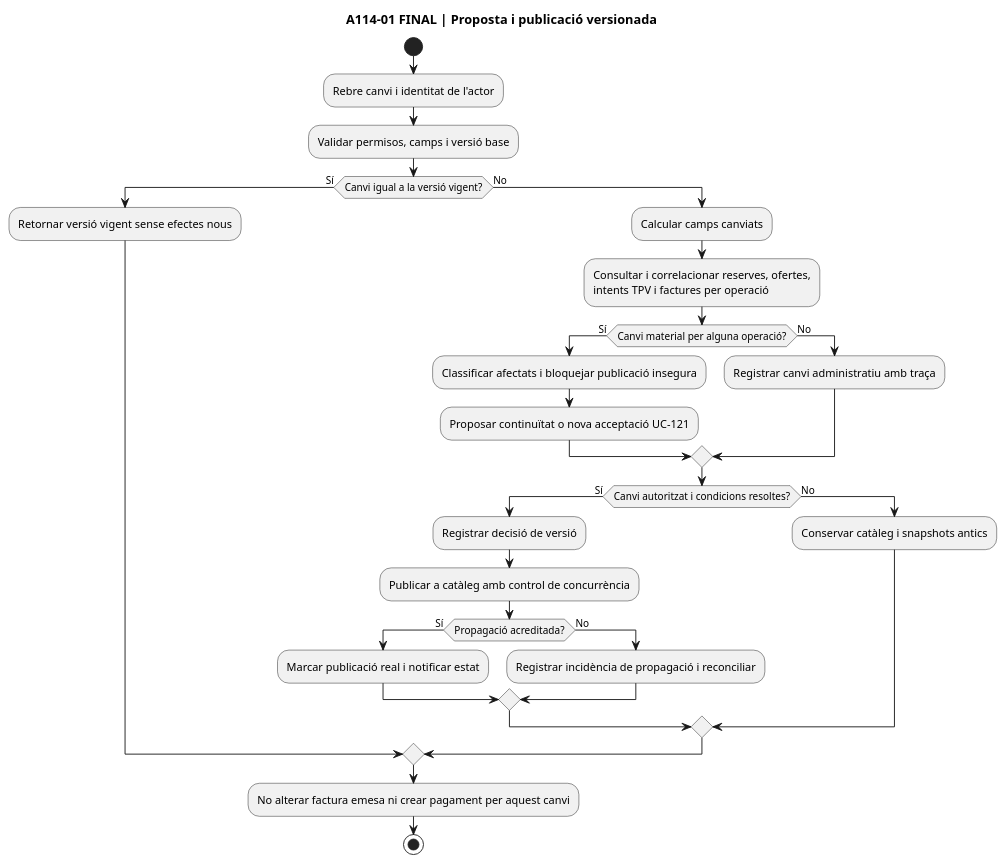
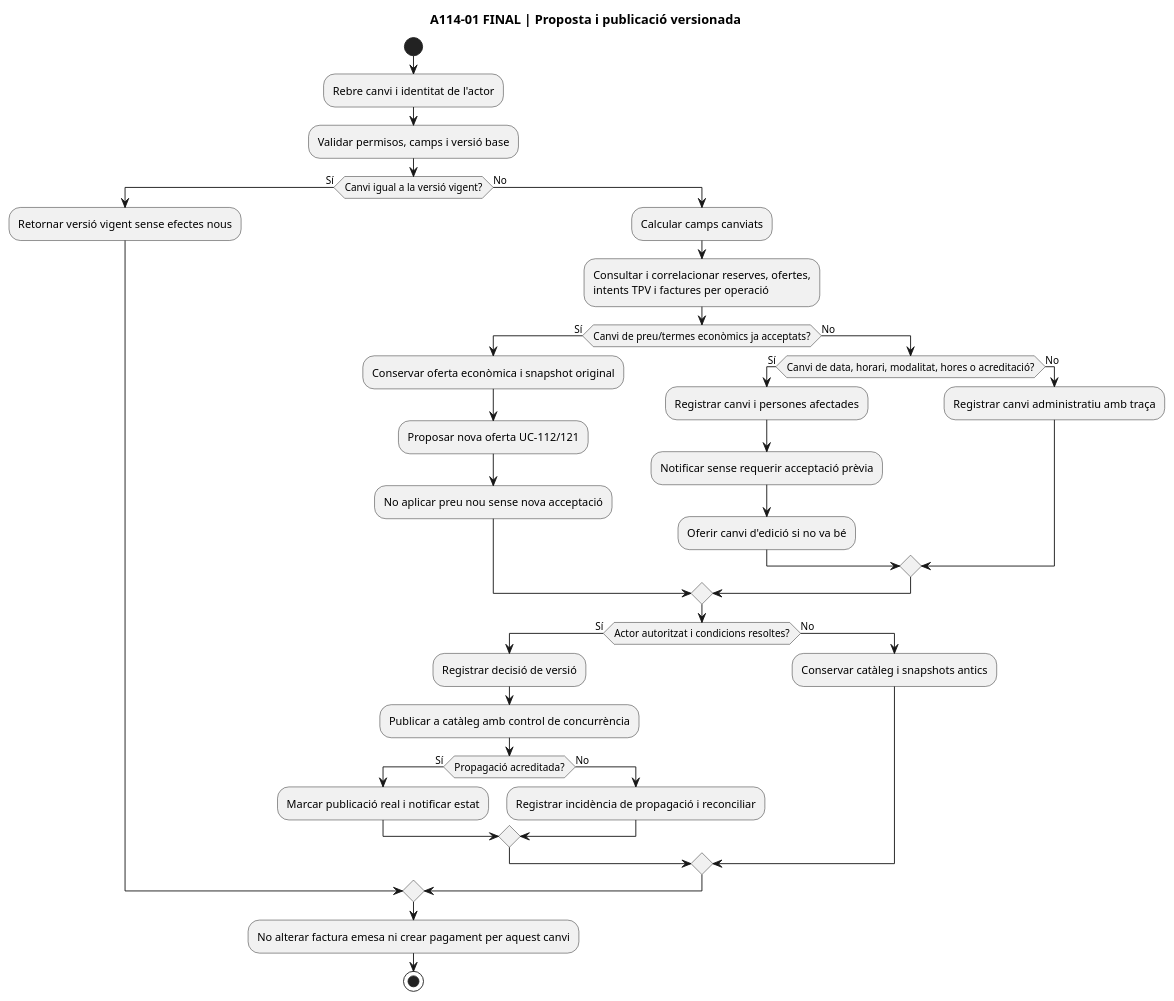
Before and after one commit to orgmeriemprismacat-del/verifactu: the second of 4 diagrams in documentacio/07-uml-integrat/00-auditoria-casos-pendents-lot-03-uc-114-2026-09-22.md, drawn with PlantUML. The commit also changed other lines of this file, not shown here.

Commit message:
docs: correct UC-114 activity diagram with confirmed notification rules

````diff
--- a/documentacio/07-uml-integrat/00-auditoria-casos-pendents-lot-03-uc-114-2026-09-22.md
+++ b/documentacio/07-uml-integrat/00-auditoria-casos-pendents-lot-03-uc-114-2026-09-22.md
@@ -75,34 +75,41 @@
 ```plantuml
 @startuml
 title A114-01 FINAL | Proposta i publicació versionada
 start
 :Rebre canvi i identitat de l'actor;
 :Validar permisos, camps i versió base;
 if (Canvi igual a la versió vigent?) then (Sí)
   :Retornar versió vigent sense efectes nous;
 else (No)
   :Calcular camps canviats;
   :Consultar i correlacionar reserves, ofertes,
   intents TPV i factures per operació;
-  if (Canvi material per alguna operació?) then (Sí)
-    :Classificar afectats i bloquejar publicació insegura;
-    :Proposar continuïtat o nova acceptació UC-121;
+  if (Canvi de preu/termes econòmics ja acceptats?) then (Sí)
+    :Conservar oferta econòmica i snapshot original;
+    :Proposar nova oferta UC-112/121;
+    :No aplicar preu nou sense nova acceptació;
   else (No)
-    :Registrar canvi administratiu amb traça;
+    if (Canvi de data, horari, modalitat, hores o acreditació?) then (Sí)
+      :Registrar canvi i persones afectades;
+      :Notificar sense requerir acceptació prèvia;
+      :Oferir canvi d'edició si no va bé;
+    else (No)
+      :Registrar canvi administratiu amb traça;
+    endif
   endif
-  if (Canvi autoritzat i condicions resoltes?) then (Sí)
+  if (Actor autoritzat i condicions resoltes?) then (Sí)
     :Registrar decisió de versió;
     :Publicar a catàleg amb control de concurrència;
     if (Propagació acreditada?) then (Sí)
       :Marcar publicació real i notificar estat;
     else (No)
       :Registrar incidència de propagació i reconciliar;
     endif
   else (No)
     :Conservar catàleg i snapshots antics;
   endif
 endif
 :No alterar factura emesa ni crear pagament per aquest canvi;
 stop
 @enduml
 ```
````
